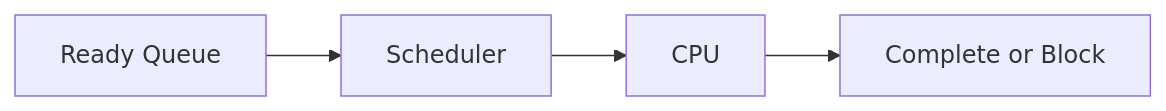
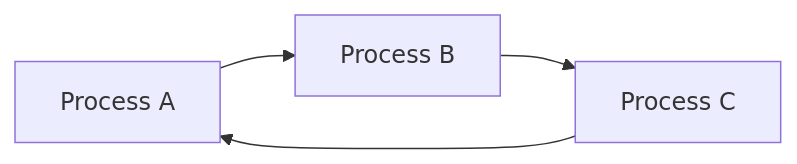
One commit to xujoncep/learning changed the diagram in handnote/operating-system/03-cpu-scheduling-algorithms.md. Above: the diagram before and after it, drawn with Mermaid. The commit also changed other lines of this file and 9 other files, not shown here.

````diff
--- a/handnote/operating-system/03-cpu-scheduling-algorithms.md
+++ b/handnote/operating-system/03-cpu-scheduling-algorithms.md
@@ -20,6 +18,6 @@
 ```mermaid
-flowchart LR
-  A[Ready Queue] --> B[Scheduler]
-  B --> C[CPU]
-  C --> D[Complete or Block]
+graph LR
+    A[Process A] --> B[Process B]
+    B --> C[Process C]
+    C --> A
 ```
````
